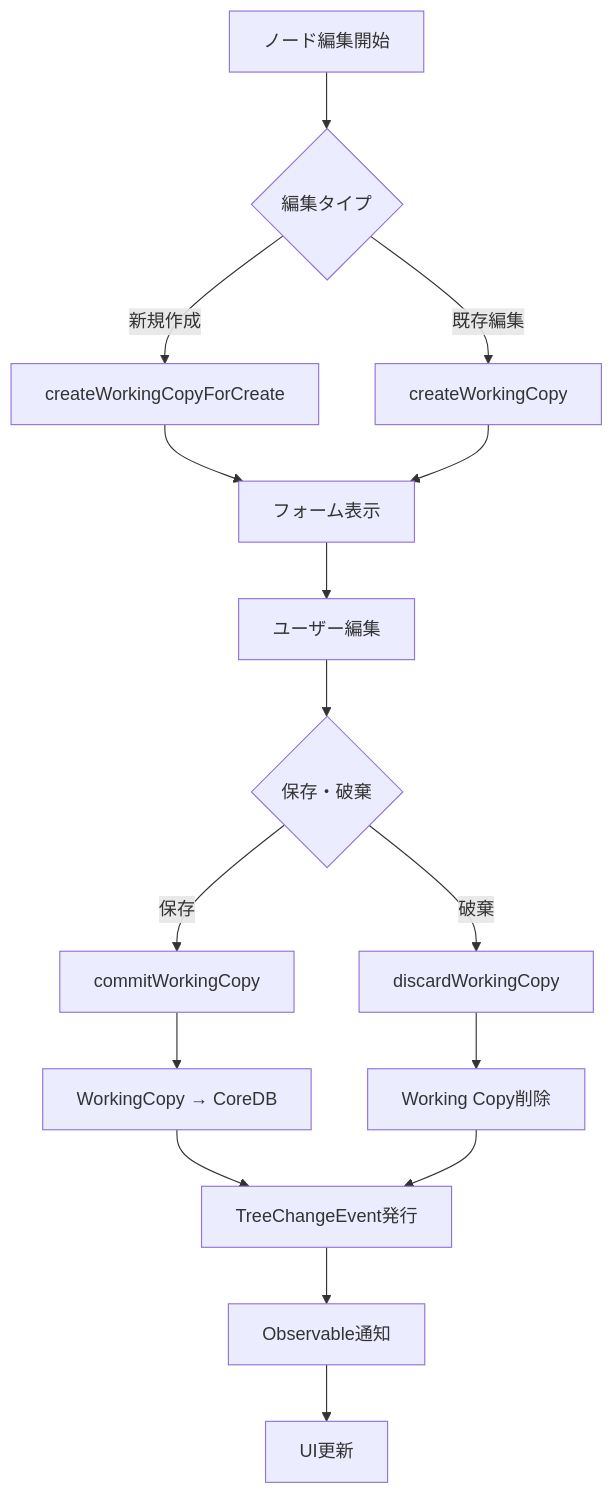
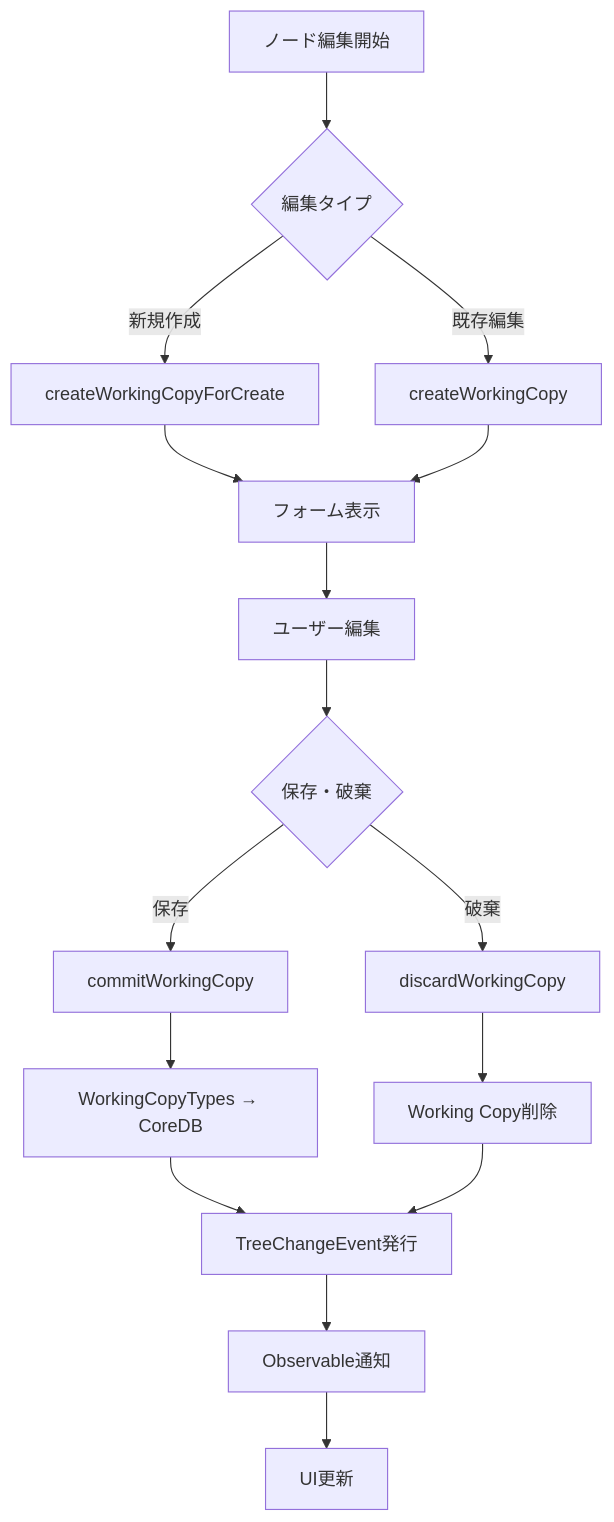
One commit to kubohiroya/hierarchidb changed the sixth of 8 diagrams in docs/deprecated/REPORT/design/treeconsole-migration/dataflow.md. Above: the diagram before and after it, drawn with Mermaid. The commit also changed 452 other files, not shown here.

````diff
--- a/docs/deprecated/REPORT/design/treeconsole-migration/dataflow.md
+++ b/docs/deprecated/REPORT/design/treeconsole-migration/dataflow.md
@@ -146,24 +146,24 @@
 ```mermaid
 flowchart TD
     A[ノード編集開始] --> B{編集タイプ}
     
     B -->|新規作成| C[createWorkingCopyForCreate]
     B -->|既存編集| D[createWorkingCopy]
     
     C --> E[フォーム表示]
     D --> E
     
     E --> F[ユーザー編集]
     F --> G{保存・破棄}
     
     G -->|保存| H[commitWorkingCopy]
     G -->|破棄| I[discardWorkingCopy]
     
-    H --> J[WorkingCopy → CoreDB]
+    H --> J[WorkingCopyTypes → CoreDB]
     I --> K[Working Copy削除]
     
     J --> L[TreeChangeEvent発行]
     K --> L
     L --> M[Observable通知]
     M --> N[UI更新]
 ```
````
